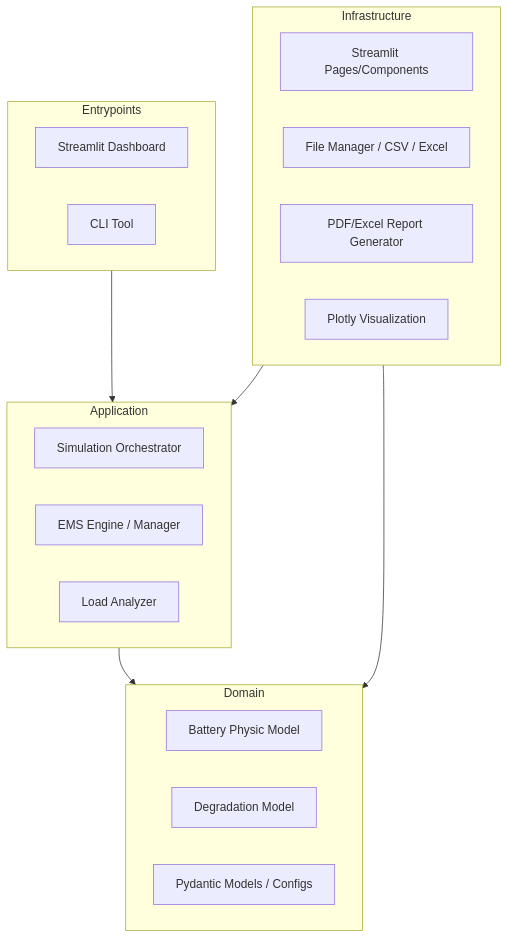
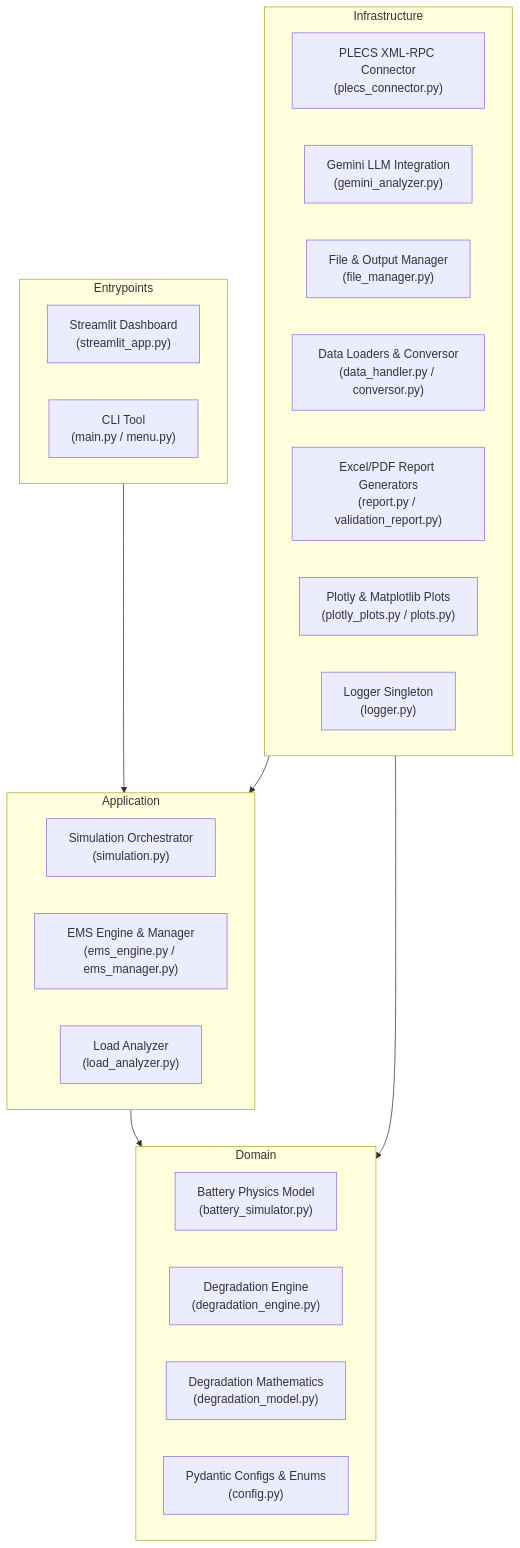
One commit to vitorsilva-eng/BESx changed the diagram in ARCHITECTURE.md. Above: the diagram before and after it, drawn with Mermaid. The commit also changed other lines of this file and 10 other files, not shown here.

````diff
--- a/ARCHITECTURE.md
+++ b/ARCHITECTURE.md
@@ -9,31 +9,35 @@
 ```mermaid
 graph TD
     Entrypoints --> Application
     Application --> Domain
     Infrastructure --> Application
     Infrastructure --> Domain
     
     subgraph Entrypoints
-        Dashboard["Streamlit Dashboard"]
-        CLI["CLI Tool"]
+        Dashboard["Streamlit Dashboard<br>(streamlit_app.py)"]
+        CLI["CLI Tool<br>(main.py / menu.py)"]
     end
     
     subgraph Application
-        Sim["Simulation Orchestrator"]
-        EMS["EMS Engine / Manager"]
-        Analysis["Load Analyzer"]
+        Sim["Simulation Orchestrator<br>(simulation.py)"]
+        EMS["EMS Engine & Manager<br>(ems_engine.py / ems_manager.py)"]
+        Analysis["Load Analyzer<br>(load_analyzer.py)"]
     end
     
     subgraph Domain
-        BModel["Battery Physic Model"]
-        DModel["Degradation Model"]
-        Models["Pydantic Models / Configs"]
+        BModel["Battery Physics Model<br>(battery_simulator.py)"]
+        DEngine["Degradation Engine<br>(degradation_engine.py)"]
+        DModel["Degradation Mathematics<br>(degradation_model.py)"]
+        Configs["Pydantic Configs & Enums<br>(config.py)"]
     end
     
     subgraph Infrastructure
-        UI["Streamlit Pages/Components"]
-        Files["File Manager / CSV / Excel"]
-        Reports["PDF/Excel Report Generator"]
-        Plots["Plotly Visualization"]
+        Plecs["PLECS XML-RPC Connector<br>(plecs_connector.py)"]
+        LLM["Gemini LLM Integration<br>(gemini_analyzer.py)"]
+        Files["File & Output Manager<br>(file_manager.py)"]
+        Loaders["Data Loaders & Conversor<br>(data_handler.py / conversor.py)"]
+        Reports["Excel/PDF Report Generators<br>(report.py / validation_report.py)"]
+        Plots["Plotly & Matplotlib Plots<br>(plotly_plots.py / plots.py)"]
+        Logging["Logger Singleton<br>(logger.py)"]
     end
 ```
````
